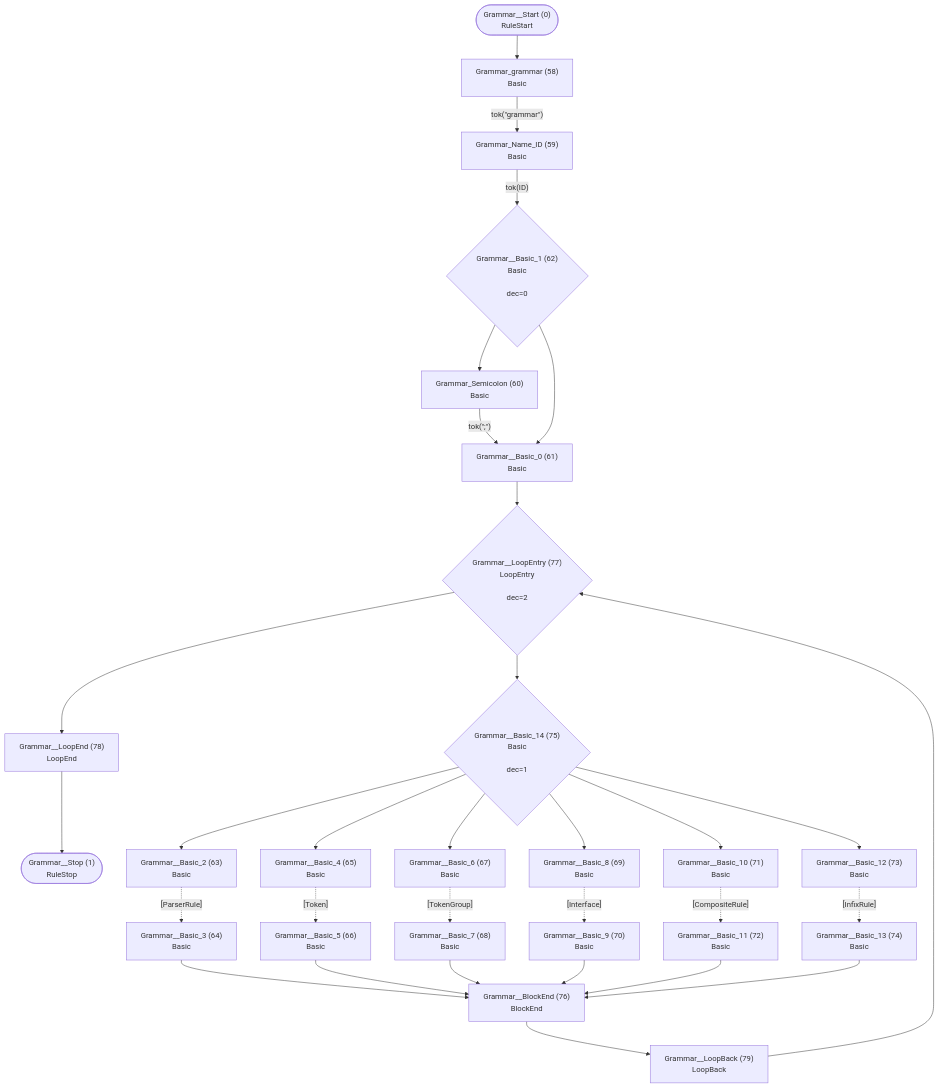
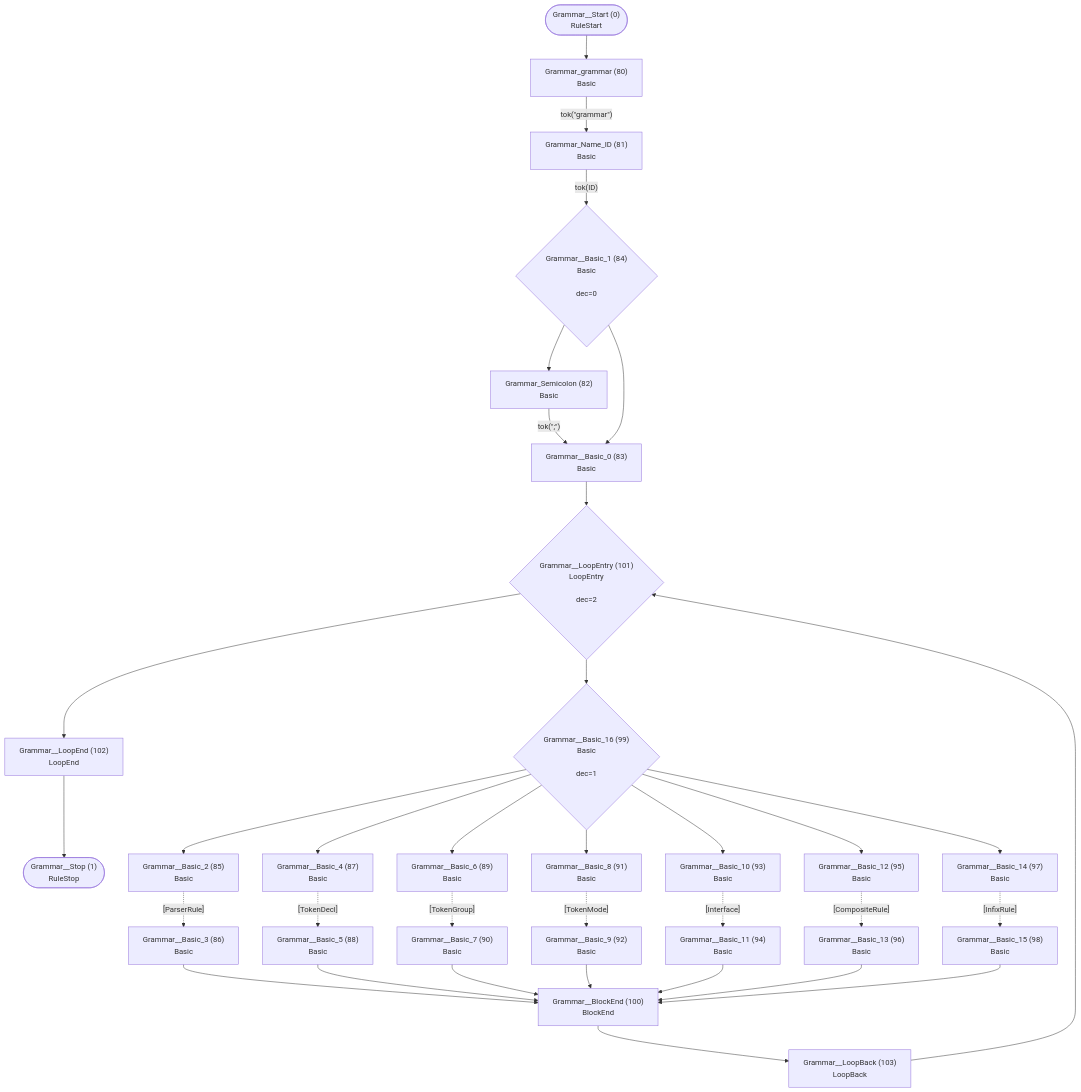
Before and after one commit to TypeFox/fastbelt: the first of 40 diagrams in internal/grammar/atn.md, drawn with Mermaid. The commit also changed other lines of this file and 84 other files, not shown here.

````diff
--- a/internal/grammar/atn.md
+++ b/internal/grammar/atn.md
@@ -5,58 +5,63 @@
 ```mermaid
 flowchart TD
     q0(["Grammar__Start (0)<br/>RuleStart"])
     q1(["Grammar__Stop (1)<br/>RuleStop"])
-    q58["Grammar_grammar (58)<br/>Basic<br/>"]
-    q59["Grammar_Name_ID (59)<br/>Basic<br/>"]
-    q60["Grammar_Semicolon (60)<br/>Basic<br/>"]
-    q61["Grammar__Basic_0 (61)<br/>Basic<br/>"]
-    q62{"Grammar__Basic_1 (62)<br/>Basic<br/><br/>dec=0"}
-    q63["Grammar__Basic_2 (63)<br/>Basic<br/>"]
-    q64["Grammar__Basic_3 (64)<br/>Basic<br/>"]
-    q65["Grammar__Basic_4 (65)<br/>Basic<br/>"]
-    q66["Grammar__Basic_5 (66)<br/>Basic<br/>"]
-    q67["Grammar__Basic_6 (67)<br/>Basic<br/>"]
-    q68["Grammar__Basic_7 (68)<br/>Basic<br/>"]
-    q69["Grammar__Basic_8 (69)<br/>Basic<br/>"]
-    q70["Grammar__Basic_9 (70)<br/>Basic<br/>"]
-    q71["Grammar__Basic_10 (71)<br/>Basic<br/>"]
-    q72["Grammar__Basic_11 (72)<br/>Basic<br/>"]
-    q73["Grammar__Basic_12 (73)<br/>Basic<br/>"]
-    q74["Grammar__Basic_13 (74)<br/>Basic<br/>"]
-    q75{"Grammar__Basic_14 (75)<br/>Basic<br/><br/>dec=1"}
-    q76["Grammar__BlockEnd (76)<br/>BlockEnd<br/>"]
-    q77{"Grammar__LoopEntry (77)<br/>LoopEntry<br/><br/>dec=2"}
-    q78["Grammar__LoopEnd (78)<br/>LoopEnd<br/>"]
-    q79["Grammar__LoopBack (79)<br/>LoopBack<br/>"]
+    q80["Grammar_grammar (80)<br/>Basic<br/>"]
+    q81["Grammar_Name_ID (81)<br/>Basic<br/>"]
+    q82["Grammar_Semicolon (82)<br/>Basic<br/>"]
+    q83["Grammar__Basic_0 (83)<br/>Basic<br/>"]
+    q84{"Grammar__Basic_1 (84)<br/>Basic<br/><br/>dec=0"}
+    q85["Grammar__Basic_2 (85)<br/>Basic<br/>"]
+    q86["Grammar__Basic_3 (86)<br/>Basic<br/>"]
+    q87["Grammar__Basic_4 (87)<br/>Basic<br/>"]
+    q88["Grammar__Basic_5 (88)<br/>Basic<br/>"]
+    q89["Grammar__Basic_6 (89)<br/>Basic<br/>"]
+    q90["Grammar__Basic_7 (90)<br/>Basic<br/>"]
+    q91["Grammar__Basic_8 (91)<br/>Basic<br/>"]
+    q92["Grammar__Basic_9 (92)<br/>Basic<br/>"]
+    q93["Grammar__Basic_10 (93)<br/>Basic<br/>"]
+    q94["Grammar__Basic_11 (94)<br/>Basic<br/>"]
+    q95["Grammar__Basic_12 (95)<br/>Basic<br/>"]
+    q96["Grammar__Basic_13 (96)<br/>Basic<br/>"]
+    q97["Grammar__Basic_14 (97)<br/>Basic<br/>"]
+    q98["Grammar__Basic_15 (98)<br/>Basic<br/>"]
+    q99{"Grammar__Basic_16 (99)<br/>Basic<br/><br/>dec=1"}
+    q100["Grammar__BlockEnd (100)<br/>BlockEnd<br/>"]
+    q101{"Grammar__LoopEntry (101)<br/>LoopEntry<br/><br/>dec=2"}
+    q102["Grammar__LoopEnd (102)<br/>LoopEnd<br/>"]
+    q103["Grammar__LoopBack (103)<br/>LoopBack<br/>"]
 
-    q0 --> q58
-    q58 -->|"tok(&quot;grammar&quot;)"| q59
-    q59 -->|"tok(ID)"| q62
-    q60 -->|"tok(&quot;;&quot;)"| q61
-    q61 --> q77
-    q62 --> q60
-    q62 --> q61
-    q63 -.->|"[ParserRule]"| q64
-    q64 --> q76
-    q65 -.->|"[Token]"| q66
-    q66 --> q76
-    q67 -.->|"[TokenGroup]"| q68
-    q68 --> q76
-    q69 -.->|"[Interface]"| q70
-    q70 --> q76
-    q71 -.->|"[CompositeRule]"| q72
-    q72 --> q76
-    q73 -.->|"[InfixRule]"| q74
-    q74 --> q76
-    q75 --> q63
-    q75 --> q65
-    q75 --> q67
-    q75 --> q69
-    q75 --> q71
-    q75 --> q73
-    q76 --> q79
-    q77 --> q75
-    q77 --> q78
-    q78 --> q1
-    q79 --> q77
+    q0 --> q80
+    q80 -->|"tok(&quot;grammar&quot;)"| q81
+    q81 -->|"tok(ID)"| q84
+    q82 -->|"tok(&quot;;&quot;)"| q83
+    q83 --> q101
+    q84 --> q82
+    q84 --> q83
+    q85 -.->|"[ParserRule]"| q86
+    q86 --> q100
+    q87 -.->|"[TokenDecl]"| q88
+    q88 --> q100
+    q89 -.->|"[TokenGroup]"| q90
+    q90 --> q100
+    q91 -.->|"[TokenMode]"| q92
+    q92 --> q100
+    q93 -.->|"[Interface]"| q94
+    q94 --> q100
+    q95 -.->|"[CompositeRule]"| q96
+    q96 --> q100
+    q97 -.->|"[InfixRule]"| q98
+    q98 --> q100
+    q99 --> q85
+    q99 --> q87
+    q99 --> q89
+    q99 --> q91
+    q99 --> q93
+    q99 --> q95
+    q99 --> q97
+    q100 --> q103
+    q101 --> q99
+    q101 --> q102
+    q102 --> q1
+    q103 --> q101
 ```
````
